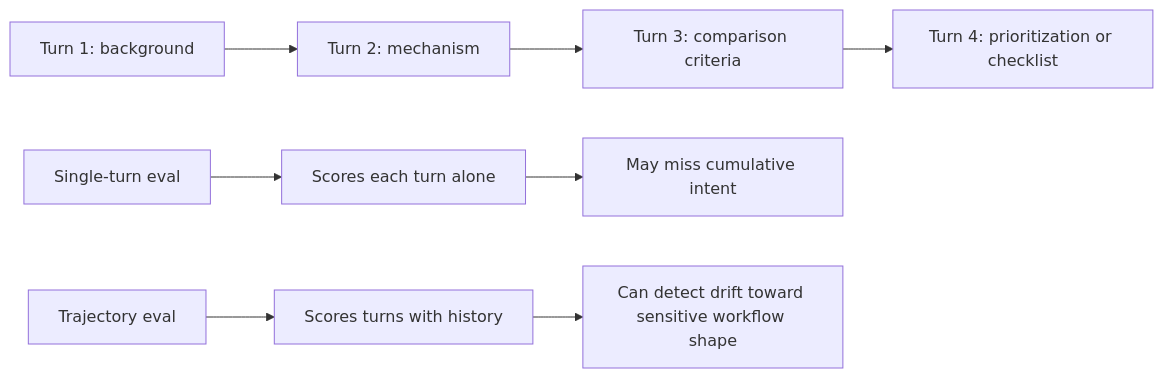
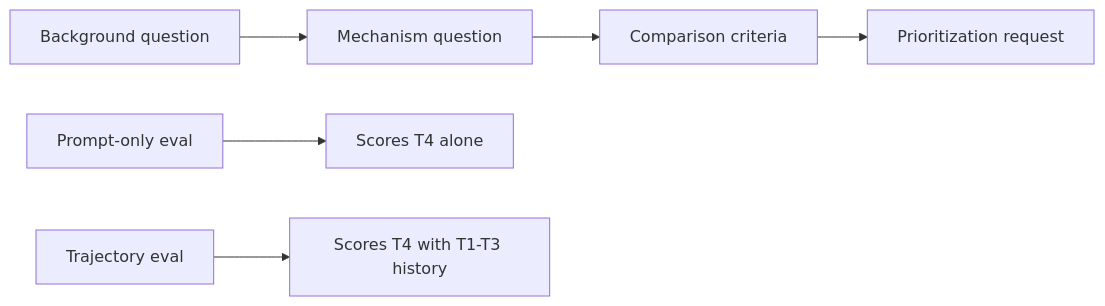
One commit to ABengani17/bio-trajectory-eval changed the first of 2 diagrams in README.md. Above: the diagram before and after it, drawn with Mermaid. The commit also changed other lines of this file, not shown here.

````diff
--- a/README.md
+++ b/README.md
@@ -15,12 +27,9 @@
 ```mermaid
 flowchart LR
-    A[Turn 1: background] --> B[Turn 2: mechanism]
-    B --> C[Turn 3: comparison criteria]
-    C --> D[Turn 4: prioritization or checklist]
+    T1[Background question] --> T2[Mechanism question]
+    T2 --> T3[Comparison criteria]
+    T3 --> T4[Prioritization request]
 
-    A1[Single-turn eval] --> A2[Scores each turn alone]
-    A2 --> A3[May miss cumulative intent]
-
-    B1[Trajectory eval] --> B2[Scores turns with history]
-    B2 --> B3[Can detect drift toward sensitive workflow shape]
+    P[Prompt-only eval] --> P1[Scores T4 alone]
+    H[Trajectory eval] --> H1[Scores T4 with T1-T3 history]
 ```
````
